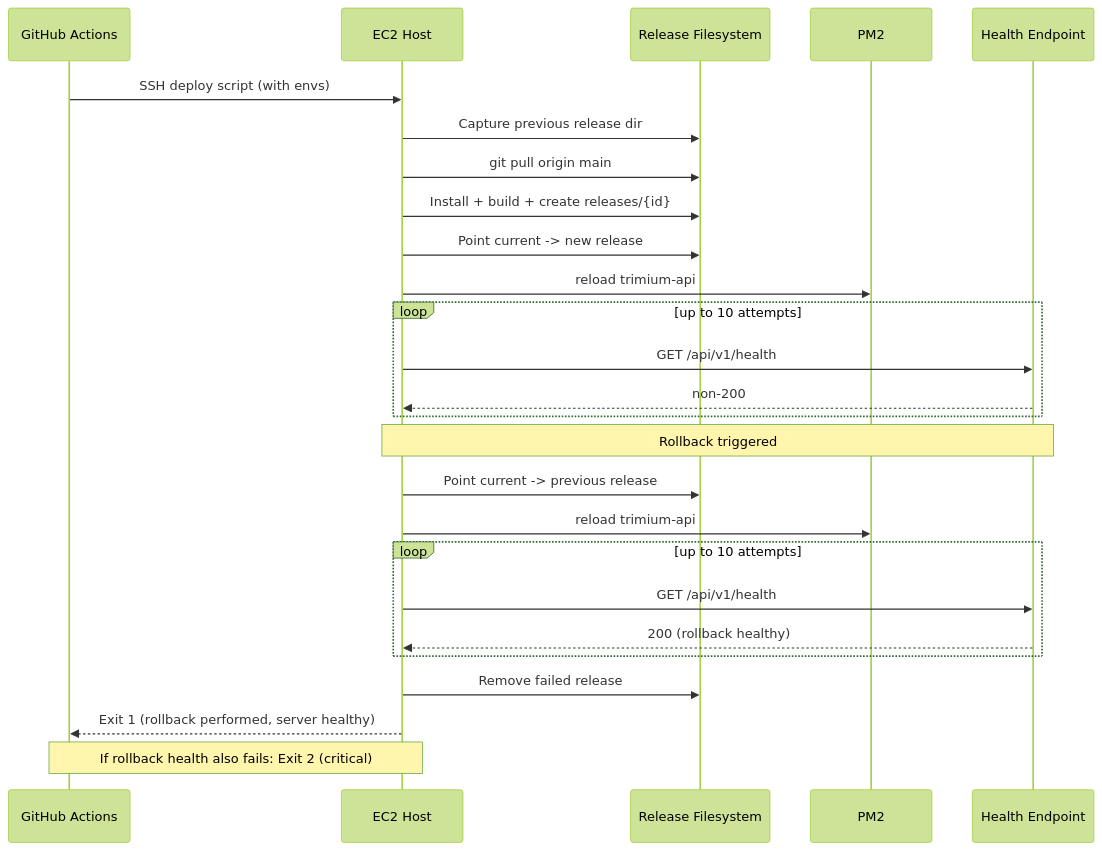
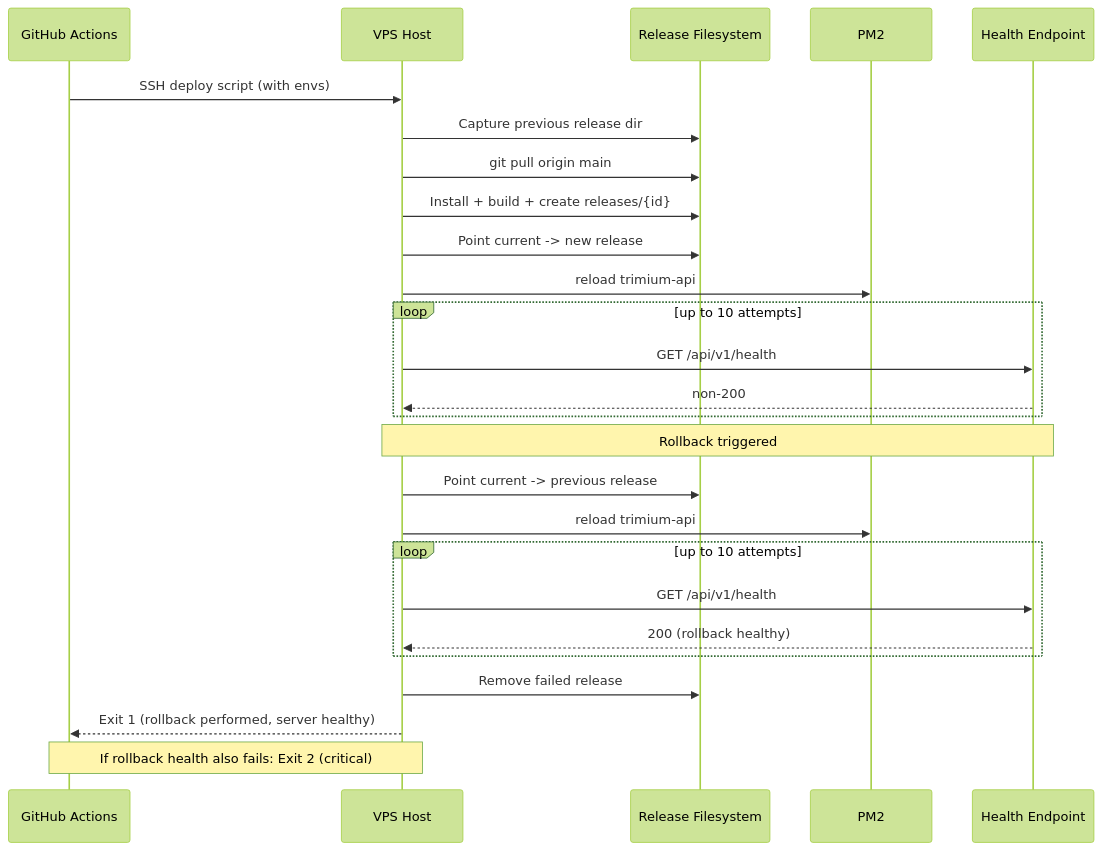
Before and after one commit to IamDevTrivedi/Trimium: the fifth of 6 diagrams in docs/architecture/CI_CD_PIPELINE_ARCHITECTURE.md, drawn with Mermaid (forest theme). The commit also changed other lines of this file and 3 other files, not shown here.

````diff
--- a/docs/architecture/CI_CD_PIPELINE_ARCHITECTURE.md
+++ b/docs/architecture/CI_CD_PIPELINE_ARCHITECTURE.md
@@ -368,35 +368,35 @@
 ```mermaid
 sequenceDiagram
     participant GH as GitHub Actions
-    participant EC2 as EC2 Host
+    participant VPS as VPS Host
     participant FS as Release Filesystem
     participant PM2 as PM2
     participant API as Health Endpoint
 
-    GH->>EC2: SSH deploy script (with envs)
-    EC2->>FS: Capture previous release dir
-    EC2->>FS: git pull origin main
-    EC2->>FS: Install + build + create releases/{id}
-    EC2->>FS: Point current -> new release
-    EC2->>PM2: reload trimium-api
+    GH->>VPS: SSH deploy script (with envs)
+    VPS->>FS: Capture previous release dir
+    VPS->>FS: git pull origin main
+    VPS->>FS: Install + build + create releases/{id}
+    VPS->>FS: Point current -> new release
+    VPS->>PM2: reload trimium-api
 
     loop up to 10 attempts
-        EC2->>API: GET /api/v1/health
-        API-->>EC2: non-200
+        VPS->>API: GET /api/v1/health
+        API-->>VPS: non-200
     end
 
-    Note over EC2,API: Rollback triggered
+    Note over VPS,API: Rollback triggered
 
-    EC2->>FS: Point current -> previous release
-    EC2->>PM2: reload trimium-api
+    VPS->>FS: Point current -> previous release
+    VPS->>PM2: reload trimium-api
 
     loop up to 10 attempts
-        EC2->>API: GET /api/v1/health
-        API-->>EC2: 200 (rollback healthy)
+        VPS->>API: GET /api/v1/health
+        API-->>VPS: 200 (rollback healthy)
     end
 
-    EC2->>FS: Remove failed release
-    EC2-->>GH: Exit 1 (rollback performed, server healthy)
+    VPS->>FS: Remove failed release
+    VPS-->>GH: Exit 1 (rollback performed, server healthy)
 
-    Note over EC2,GH: If rollback health also fails: Exit 2 (critical)
+    Note over VPS,GH: If rollback health also fails: Exit 2 (critical)
 ```
````
